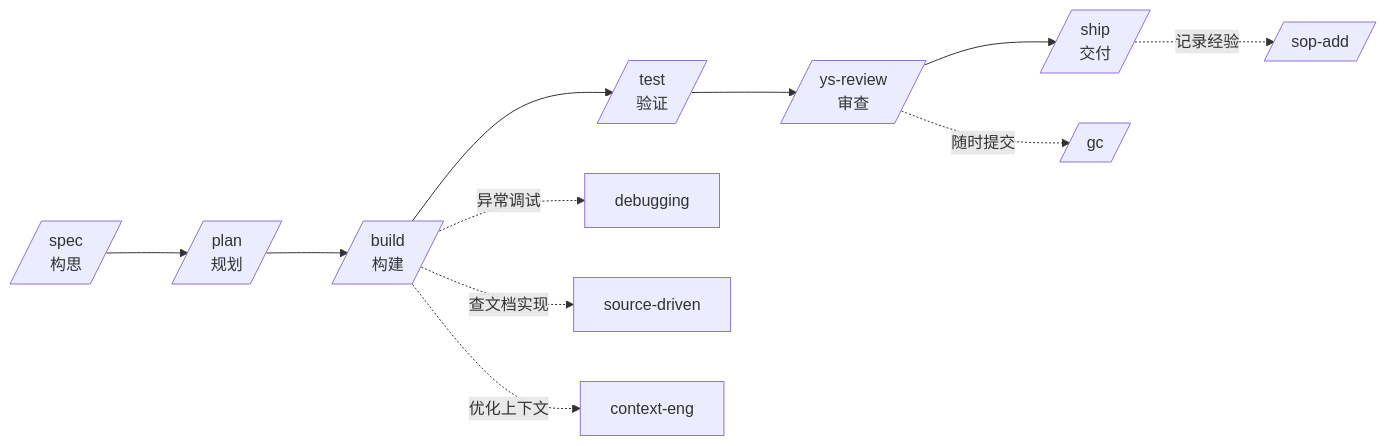
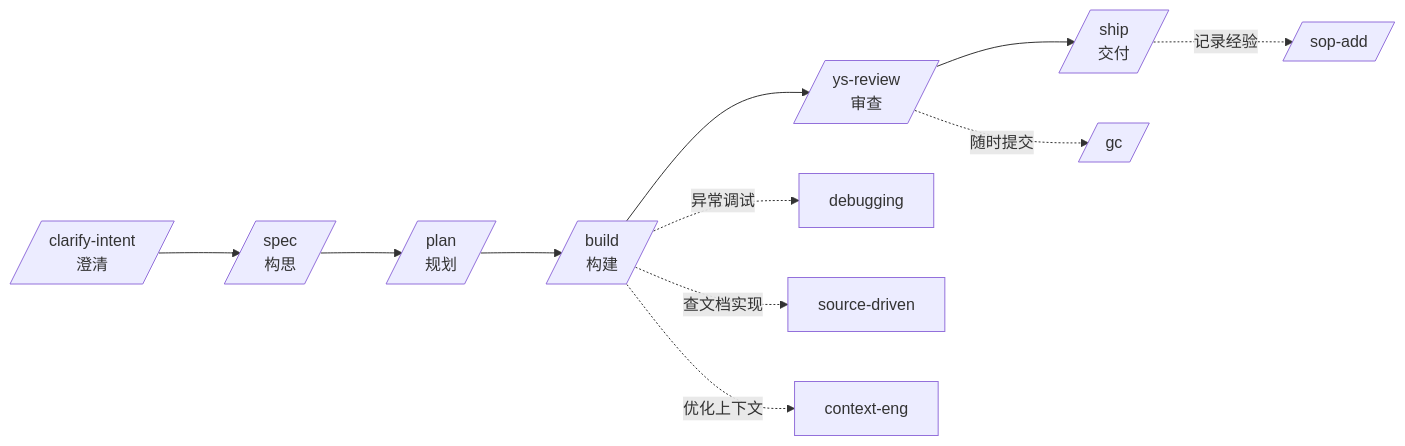
Before and after one commit to carl10086/ys-powers: the first of 2 diagrams in README.md, drawn with Mermaid. The commit also changed other lines of this file, not shown here.

First line of the commit message:
docs(readme): update workflow for clarify-intent and counts

````diff
--- a/README.md
+++ b/README.md
@@ -82,14 +83,14 @@
 ```mermaid
 flowchart LR
-    A[/spec<br/>构思/] --> B[/plan<br/>规划/]
-    B --> C[/build<br/>构建/]
-    C --> D[/test<br/>验证/]
+    A[/clarify-intent<br/>澄清/] --> B[/spec<br/>构思/]
+    B --> C[/plan<br/>规划/]
+    C --> D[/build<br/>构建/]
     D --> E[/ys-review<br/>审查/]
     E --> F[/ship<br/>交付/]
 
-    C -.异常调试.-> G[debugging]
-    C -.查文档实现.-> H[source-driven]
-    C -.优化上下文.-> I[context-eng]
+    D -.异常调试.-> G[debugging]
+    D -.查文档实现.-> H[source-driven]
+    D -.优化上下文.-> I[context-eng]
     E -.随时提交.-> J[/gc/]
     F -.记录经验.-> K[/sop-add/]
 ```
````
